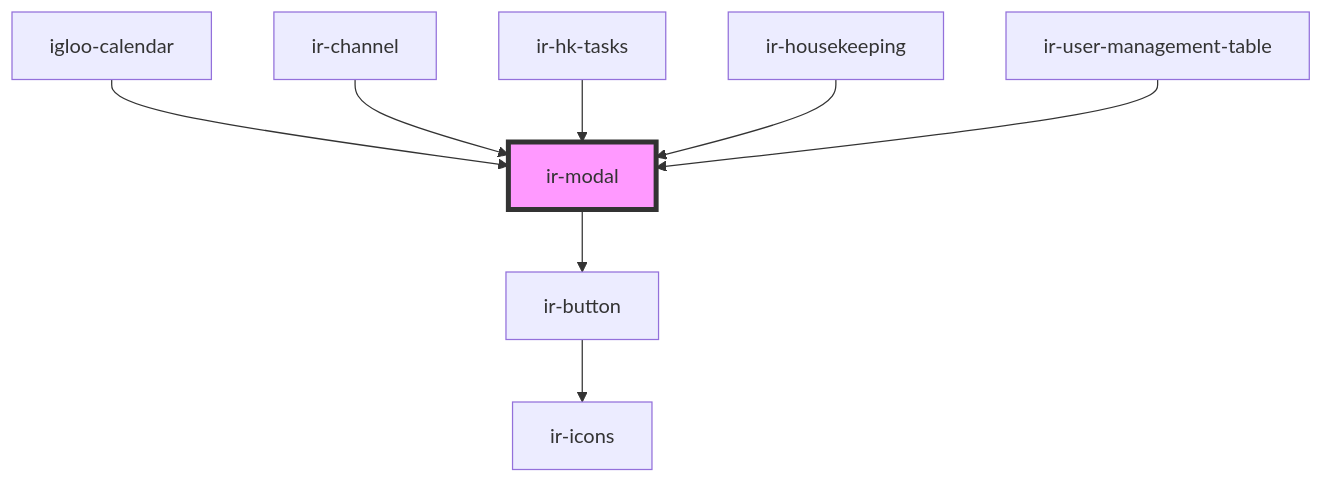
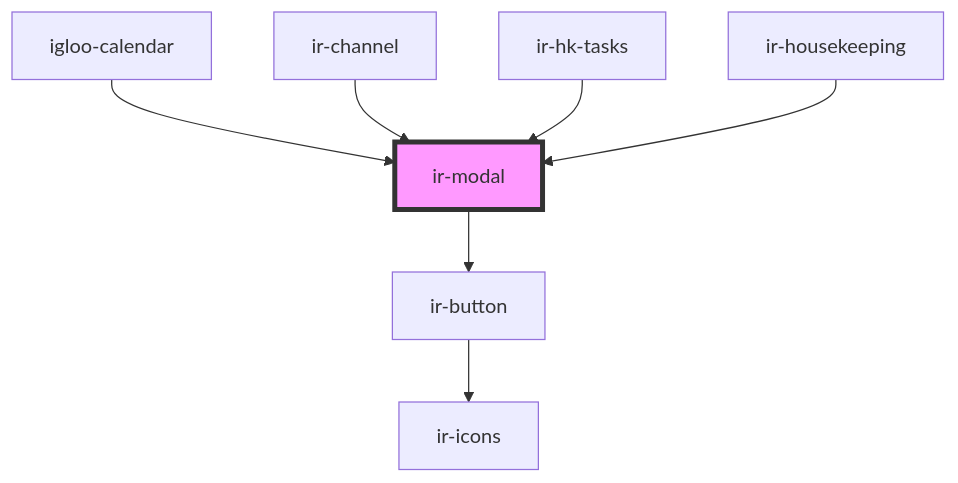
One commit to RonyRizk/ir-webcmp changed the diagram in src/components/ui/ir-modal/readme.md. Above: the diagram before and after it, drawn with Mermaid. The commit also changed other lines of this file and 45 other files, not shown here.

````diff
--- a/src/components/ui/ir-modal/readme.md
+++ b/src/components/ui/ir-modal/readme.md
@@ -86,11 +85,10 @@
 ```mermaid
 graph TD;
   ir-modal --> ir-button
   ir-button --> ir-icons
   igloo-calendar --> ir-modal
   ir-channel --> ir-modal
   ir-hk-tasks --> ir-modal
   ir-housekeeping --> ir-modal
-  ir-user-management-table --> ir-modal
   style ir-modal fill:#f9f,stroke:#333,stroke-width:4px
 ```
````
